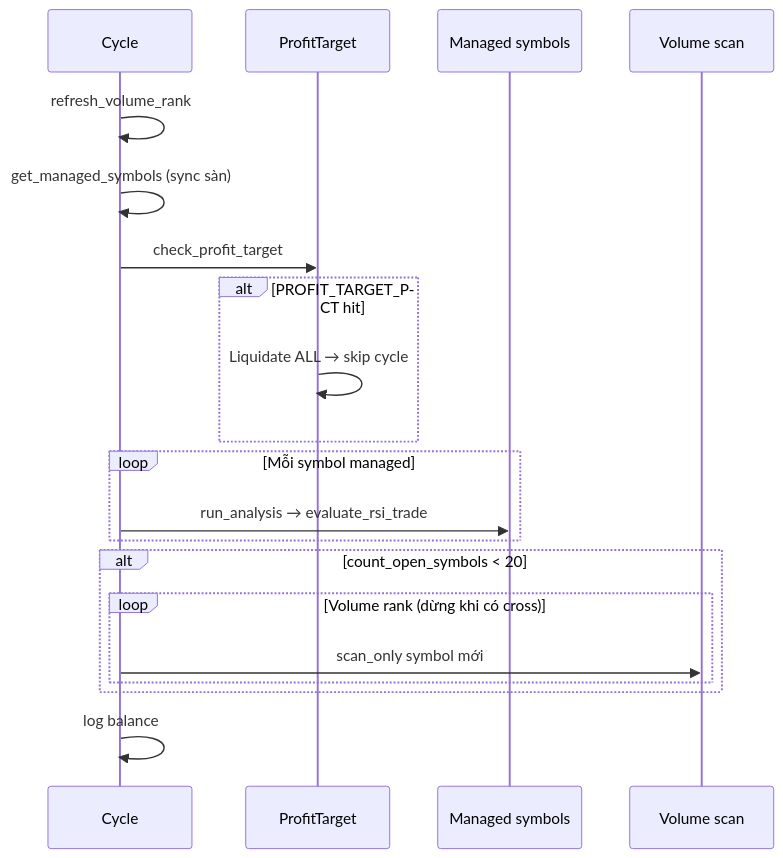
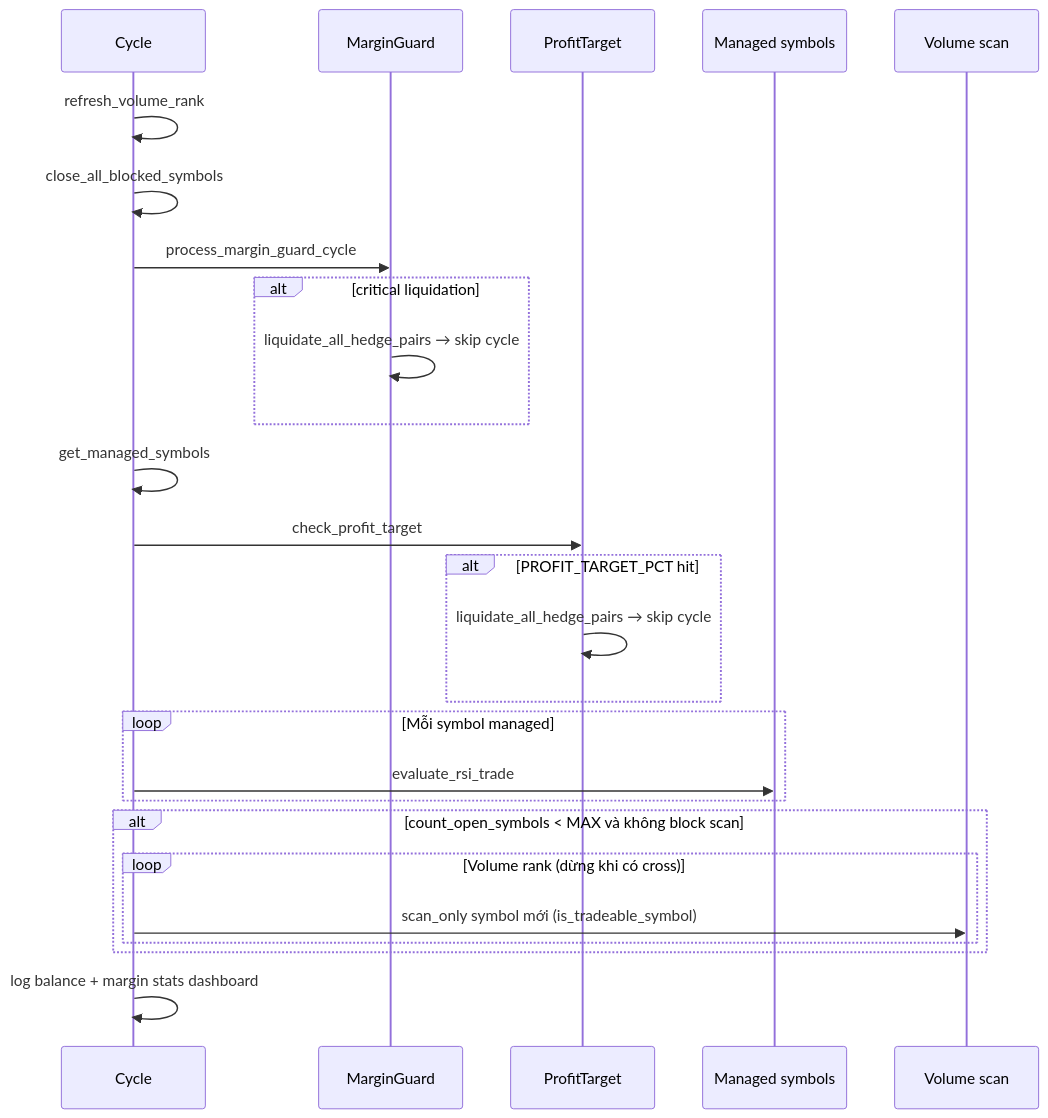
One commit to vnbees/ema-follow changed the second of 2 diagrams in docs/BOT_LOGIC.md. Above: the diagram before and after it, drawn with Mermaid. The commit also changed other lines of this file and 6 other files, not shown here.

````diff
--- a/docs/BOT_LOGIC.md
+++ b/docs/BOT_LOGIC.md
@@ -76,23 +88,29 @@
 ```mermaid
 sequenceDiagram
     participant C as Cycle
+    participant MG as MarginGuard
     participant P as ProfitTarget
     participant M as Managed symbols
     participant S as Volume scan
 
     C->>C: refresh_volume_rank
-    C->>C: get_managed_symbols (sync sàn)
+    C->>C: close_all_blocked_symbols
+    C->>MG: process_margin_guard_cycle
+    alt critical liquidation
+        MG->>MG: liquidate_all_hedge_pairs → skip cycle
+    end
+    C->>C: get_managed_symbols
     C->>P: check_profit_target
     alt PROFIT_TARGET_PCT hit
-        P->>P: Liquidate ALL → skip cycle
+        P->>P: liquidate_all_hedge_pairs → skip cycle
     end
     loop Mỗi symbol managed
-        C->>M: run_analysis → evaluate_rsi_trade
+        C->>M: evaluate_rsi_trade
     end
-    alt count_open_symbols < 20
+    alt count_open_symbols < MAX và không block scan
         loop Volume rank (dừng khi có cross)
-            C->>S: scan_only symbol mới
+            C->>S: scan_only symbol mới (is_tradeable_symbol)
         end
     end
-    C->>C: log balance
+    C->>C: log balance + margin stats dashboard
 ```
````
